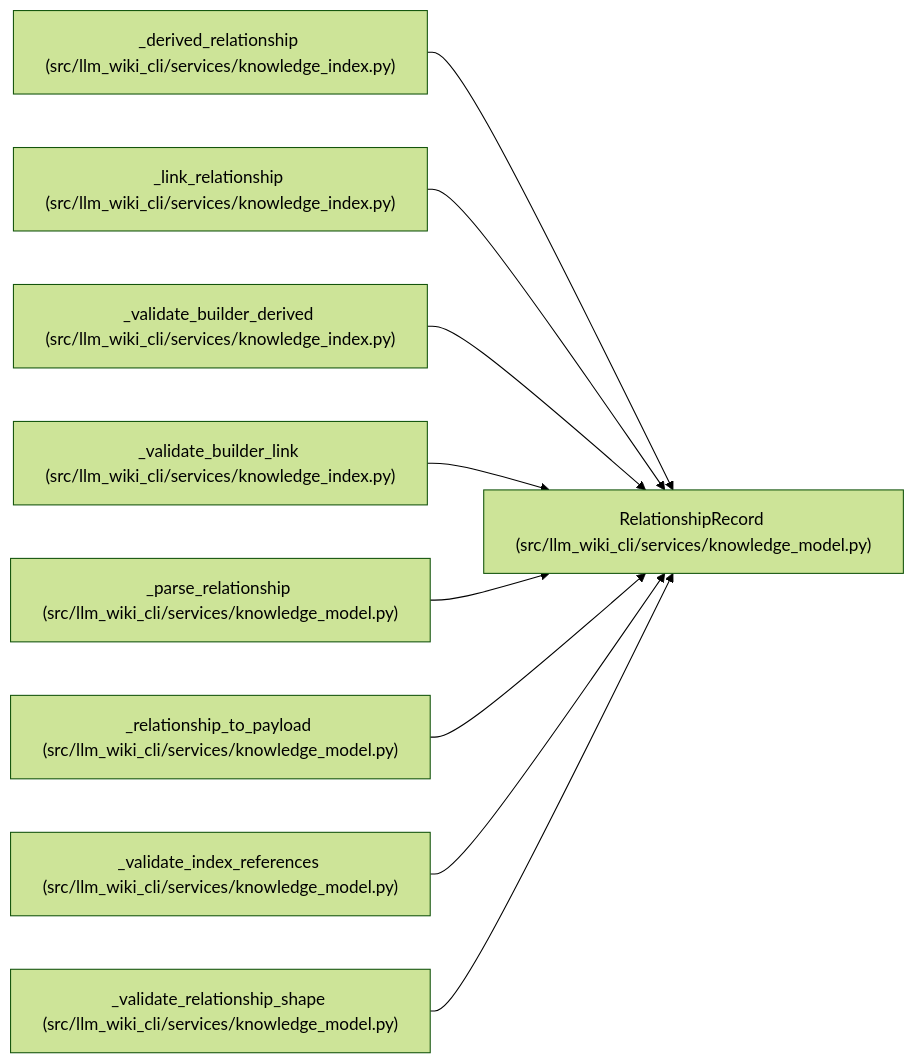
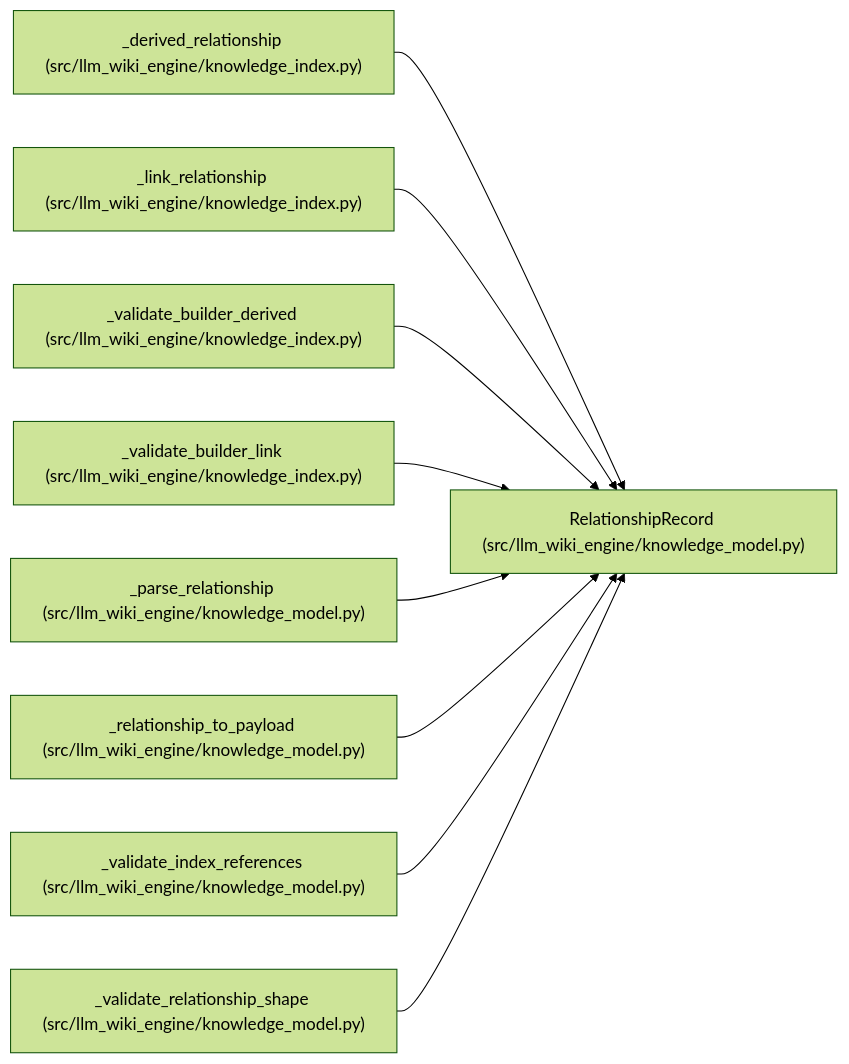
Before and after one commit to Denissvgn/python-wiki-llm: the diagram in docs/llm_wiki/entities/RelationshipRecord.md, drawn with Mermaid (forest theme). The commit also changed other lines of this file and 1058 other files, not shown here.

First line of the commit message:
docs: refresh the wiki for the knowledge store move

````diff
--- a/docs/llm_wiki/entities/RelationshipRecord.md
+++ b/docs/llm_wiki/entities/RelationshipRecord.md
@@ -33,29 +33,29 @@
 ```mermaid
 flowchart LR
-    n0["RelationshipRecord (src/llm_wiki_cli/services/knowledge_model.py)"]
-    n1["_derived_relationship (src/llm_wiki_cli/services/knowledge_index.py)"]
-    n2["_link_relationship (src/llm_wiki_cli/services/knowledge_index.py)"]
-    n3["_validate_builder_derived (src/llm_wiki_cli/services/knowledge_index.py)"]
-    n4["_validate_builder_link (src/llm_wiki_cli/services/knowledge_index.py)"]
-    n5["_parse_relationship (src/llm_wiki_cli/services/knowledge_model.py)"]
-    n6["_relationship_to_payload (src/llm_wiki_cli/services/knowledge_model.py)"]
-    n7["_validate_index_references (src/llm_wiki_cli/services/knowledge_model.py)"]
-    n8["_validate_relationship_shape (src/llm_wiki_cli/services/knowledge_model.py)"]
+    n0["RelationshipRecord (src/llm_wiki_engine/knowledge_model.py)"]
+    n1["_derived_relationship (src/llm_wiki_engine/knowledge_index.py)"]
+    n2["_link_relationship (src/llm_wiki_engine/knowledge_index.py)"]
+    n3["_validate_builder_derived (src/llm_wiki_engine/knowledge_index.py)"]
+    n4["_validate_builder_link (src/llm_wiki_engine/knowledge_index.py)"]
+    n5["_parse_relationship (src/llm_wiki_engine/knowledge_model.py)"]
+    n6["_relationship_to_payload (src/llm_wiki_engine/knowledge_model.py)"]
+    n7["_validate_index_references (src/llm_wiki_engine/knowledge_model.py)"]
+    n8["_validate_relationship_shape (src/llm_wiki_engine/knowledge_model.py)"]
     n1 --> n0
     n2 --> n0
     n3 --> n0
     n4 --> n0
     n5 --> n0
     n6 --> n0
     n7 --> n0
     n8 --> n0
     click n0 "../modules/knowledge_model.md"
     click n1 "../modules/knowledge_index.md"
     click n2 "../modules/knowledge_index.md"
     click n3 "../modules/knowledge_index.md"
     click n4 "../modules/knowledge_index.md"
     click n5 "../modules/knowledge_model.md"
     click n6 "../modules/knowledge_model.md"
     click n7 "../modules/knowledge_model.md"
     click n8 "../modules/knowledge_model.md"
 ```
````
